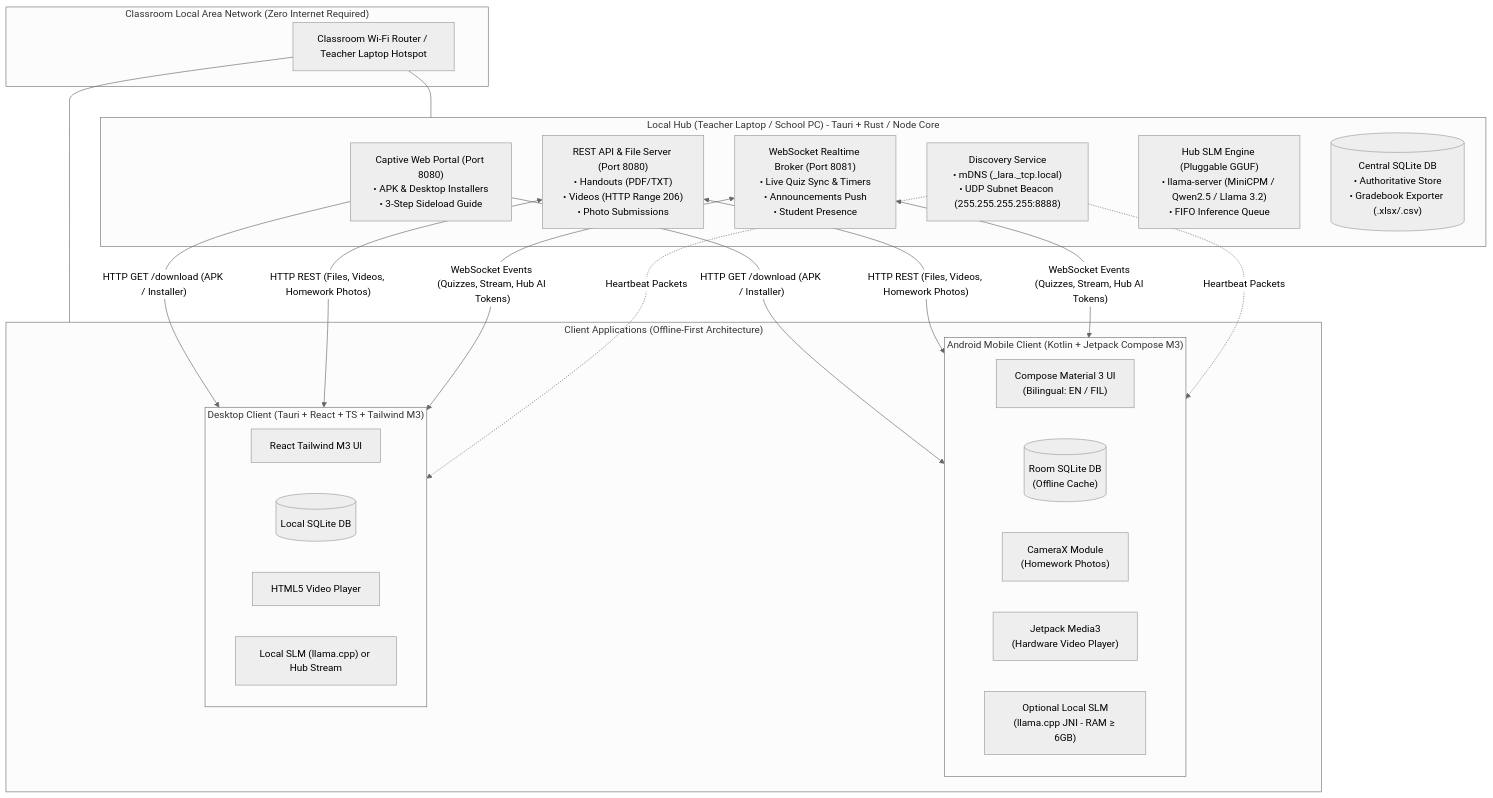
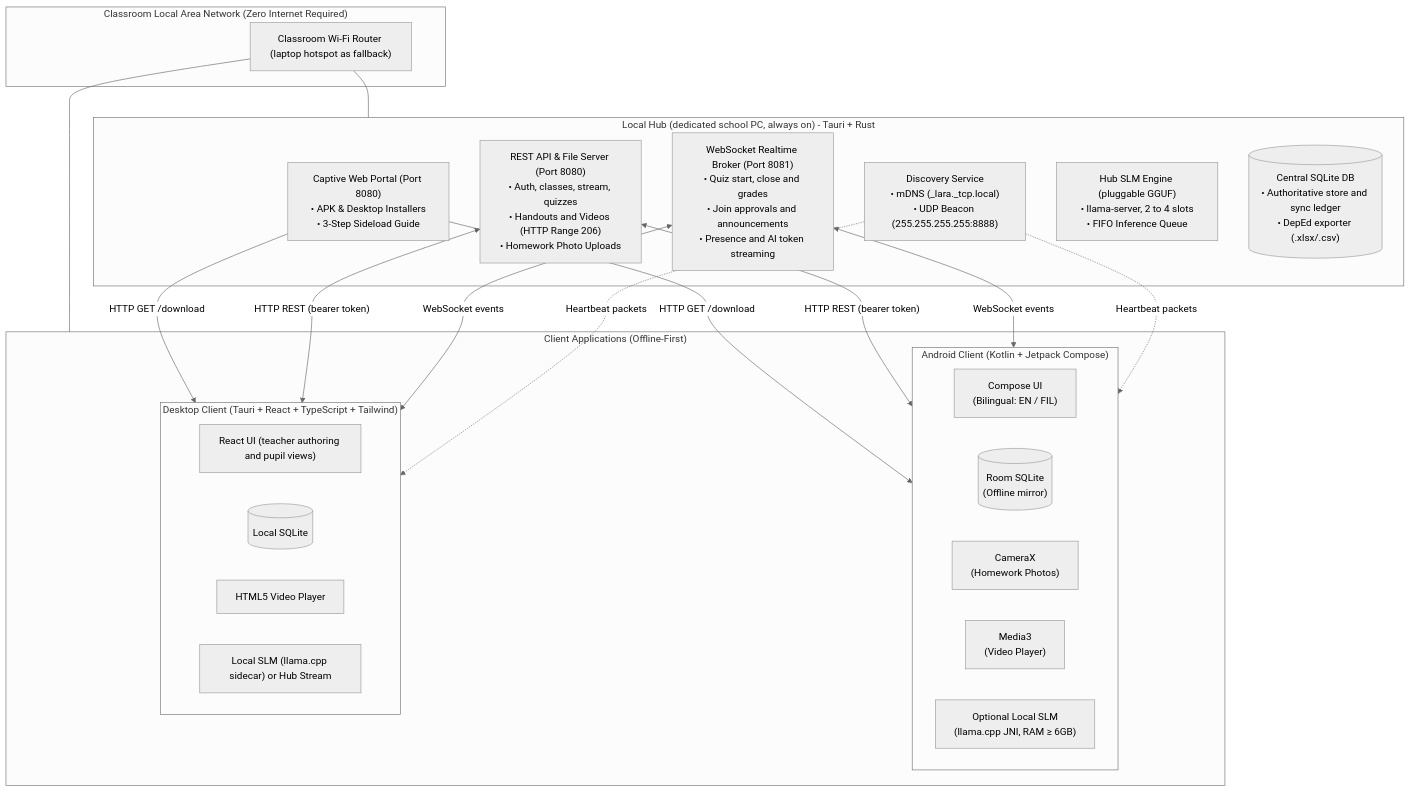
Before and after one commit to BootlegYouki/L.A.R.A: the first of 3 diagrams in README.md, drawn with Mermaid (neutral theme). The commit also changed other lines of this file and 28 other files, not shown here.

````diff
--- a/README.md
+++ b/README.md
@@ -24,40 +58,40 @@
 ```mermaid
 flowchart TD
  subgraph RouterArea["Classroom Local Area Network (Zero Internet Required)"]
- Router["Classroom Wi-Fi Router / Teacher Laptop Hotspot"]
+ Router["Classroom Wi-Fi Router (laptop hotspot as fallback)"]
  end
 
- subgraph HubServer["Local Hub (Teacher Laptop / School PC) - Tauri + Rust / Node Core"]
+ subgraph HubServer["Local Hub (dedicated school PC, always on) - Tauri + Rust"]
  Captive["Captive Web Portal (Port 8080)<br/>• APK & Desktop Installers<br/>• 3-Step Sideload Guide"]
- RestEngine["REST API & File Server (Port 8080)<br/>• Handouts (PDF/TXT)<br/>• Videos (HTTP Range 206)<br/>• Photo Submissions"]
- WsBroker["WebSocket Realtime Broker (Port 8081)<br/>• Live Quiz Sync & Timers<br/>• Announcements Push<br/>• Student Presence"]
- Discovery["Discovery Service<br/>• mDNS (_lara._tcp.local)<br/>• UDP Subnet Beacon (255.255.255.255:8888)"]
- HubAI["Hub SLM Engine (Pluggable GGUF)<br/>• llama-server (MiniCPM / Qwen2.5 / Llama 3.2)<br/>• FIFO Inference Queue"]
- CentralDB[("Central SQLite DB<br/>• Authoritative Store<br/>• Gradebook Exporter (.xlsx/.csv)")]
+ RestEngine["REST API & File Server (Port 8080)<br/>• Auth, classes, stream, quizzes<br/>• Handouts and Videos (HTTP Range 206)<br/>• Homework Photo Uploads"]
+ WsBroker["WebSocket Realtime Broker (Port 8081)<br/>• Quiz start, close and grades<br/>• Join approvals and announcements<br/>• Presence and AI token streaming"]
+ Discovery["Discovery Service<br/>• mDNS (_lara._tcp.local)<br/>• UDP Beacon (255.255.255.255:8888)"]
+ HubAI["Hub SLM Engine (pluggable GGUF)<br/>• llama-server, 2 to 4 slots<br/>• FIFO Inference Queue"]
+ CentralDB[("Central SQLite DB<br/>• Authoritative store and sync ledger<br/>• DepEd exporter (.xlsx/.csv)")]
  end
 
- subgraph ClientApps["Client Applications (Offline-First Architecture)"]
- subgraph AndroidClient["Android Mobile Client (Kotlin + Jetpack Compose M3)"]
- DroidUI["Compose Material 3 UI<br/>(Bilingual: EN / FIL)"]
- DroidRoom[("Room SQLite DB<br/>(Offline Cache)")]
- DroidCam["CameraX Module<br/>(Homework Photos)"]
- DroidMedia["Jetpack Media3<br/>(Hardware Video Player)"]
- DroidAI["Optional Local SLM<br/>(llama.cpp JNI - RAM ≥ 6GB)"]
+ subgraph ClientApps["Client Applications (Offline-First)"]
+ subgraph AndroidClient["Android Client (Kotlin + Jetpack Compose)"]
+ DroidUI["Compose UI<br/>(Bilingual: EN / FIL)"]
+ DroidRoom[("Room SQLite<br/>(Offline mirror)")]
+ DroidCam["CameraX<br/>(Homework Photos)"]
+ DroidMedia["Media3<br/>(Video Player)"]
+ DroidAI["Optional Local SLM<br/>(llama.cpp JNI, RAM ≥ 6GB)"]
  end
 
- subgraph DesktopClient["Desktop Client (Tauri + React + TS + Tailwind M3)"]
- DeskUI["React Tailwind M3 UI"]
- DeskSQLite[("Local SQLite DB")]
+ subgraph DesktopClient["Desktop Client (Tauri + React + TypeScript + Tailwind)"]
+ DeskUI["React UI (teacher authoring and pupil views)"]
+ DeskSQLite[("Local SQLite")]
  DeskVideo["HTML5 Video Player"]
- DeskAI["Local SLM (llama.cpp) or Hub Stream"]
+ DeskAI["Local SLM (llama.cpp sidecar) or Hub Stream"]
  end
  end
 
  Router --- HubServer
  Router --- ClientApps
 
- Captive -->|"HTTP GET /download (APK / Installer)"| AndroidClient & DesktopClient
- RestEngine <-->|"HTTP REST (Files, Videos, Homework Photos)"| AndroidClient & DesktopClient
- WsBroker <-->|"WebSocket Events (Quizzes, Stream, Hub AI Tokens)"| AndroidClient & DesktopClient
- Discovery -.->|"Heartbeat Packets"| AndroidClient & DesktopClient
+ Captive -->|"HTTP GET /download"| AndroidClient & DesktopClient
+ RestEngine <-->|"HTTP REST (bearer token)"| AndroidClient & DesktopClient
+ WsBroker <-->|"WebSocket events"| AndroidClient & DesktopClient
+ Discovery -.->|"Heartbeat packets"| AndroidClient & DesktopClient
 ```
````
